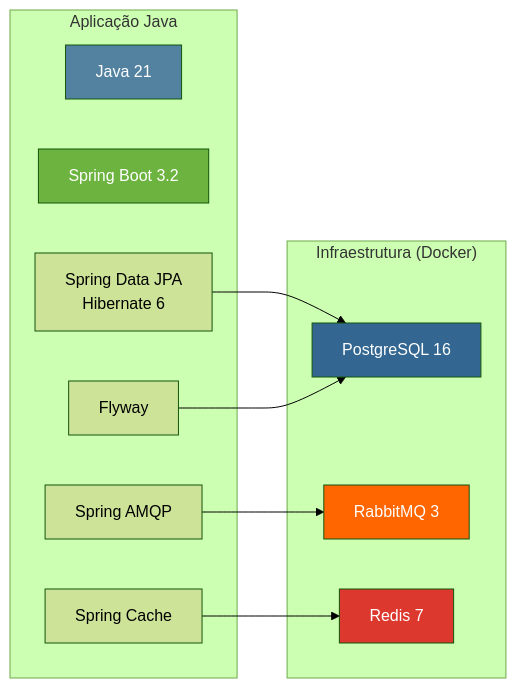
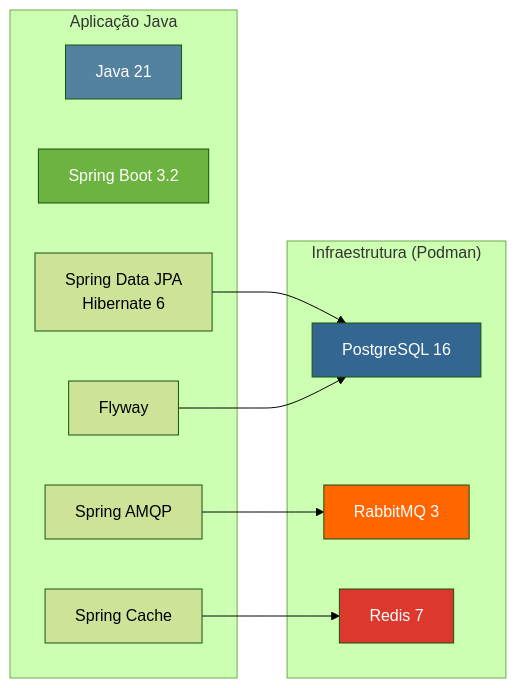
One commit to deusemarjunior/trein-java-intermed changed the fifth of 5 diagrams in dia-06/slide-01.md. Above: the diagram before and after it, drawn with Mermaid (forest theme). The commit also changed other lines of this file and 100 other files, not shown here.

Commit message:
removendo docker adicionando podman

````diff
--- a/dia-06/slide-01.md
+++ b/dia-06/slide-01.md
@@ -201,28 +201,28 @@
 ```mermaid
 graph LR
     subgraph "Aplicação Java"
         JAVA["Java 21"]
         SB["Spring Boot 3.2"]
         JPA["Spring Data JPA<br/>Hibernate 6"]
         AMQP["Spring AMQP"]
         CACHE["Spring Cache"]
         FW["Flyway"]
     end
 
-    subgraph "Infraestrutura (Docker)"
+    subgraph "Infraestrutura (Podman)"
         PG["PostgreSQL 16"]
         RMQ["RabbitMQ 3"]
         RED["Redis 7"]
     end
 
     JPA --> PG
     FW --> PG
     AMQP --> RMQ
     CACHE --> RED
 
     style JAVA fill:#5382a1,color:#fff
     style SB fill:#6db33f,color:#fff
     style PG fill:#336791,color:#fff
     style RMQ fill:#ff6600,color:#fff
     style RED fill:#dc382d,color:#fff
 ```
````
